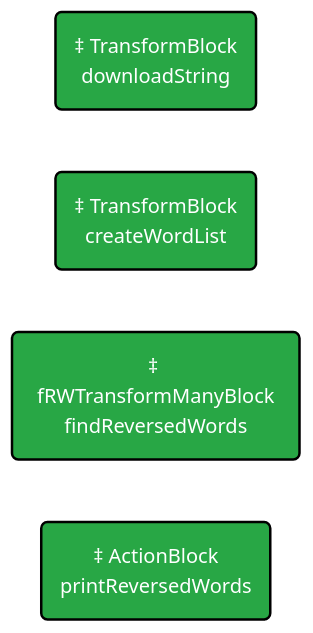
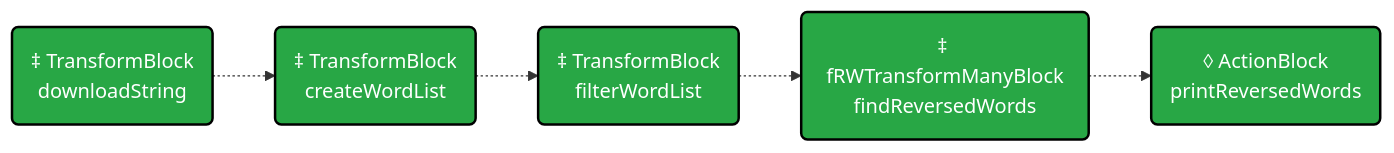
Before and after one commit to MartinRL/TplDataflow: the diagram in TheIliadOfHomerPipeline/TheIliadOfHomer.mmd, drawn with Mermaid.

Commit message:
connect the blocks (and a minor :bug: fix)

```diff
--- a/TheIliadOfHomerPipeline/TheIliadOfHomer.mmd
+++ b/TheIliadOfHomerPipeline/TheIliadOfHomer.mmd
@@ -1,10 +1,12 @@
 flowchart LR
     classDef green fill:#28a745,stroke:#000,stroke-width:2px,color:#fff;
     classDef blue fill:#2374f7,stroke:#000,stroke-width:2px,color:#fff;
     classDef orange fill:#f28c28,stroke:#000,stroke-width:2px,color:#fff;
 
     dS("‡ TransformBlock<string, string>\ndownloadString"):::green
     cWL("‡ TransformBlock<string, string[]>\ncreateWordList"):::green
     fWL("‡ TransformBlock<string[], string[]>\nfilterWordList"):::green
-    fWL("‡ fRWTransformManyBlock<string[], string>\nfindReversedWords"):::green
-    pRW("‡ ActionBlock<string>\nprintReversedWords"):::green
+    fRW("‡ fRWTransformManyBlock<string[], string>\nfindReversedWords"):::green
+    pRW("◊ ActionBlock<string>\nprintReversedWords"):::green
+
+    dS -.-> cWL -.-> fWL -.-> fRW -.-> pRW
```
